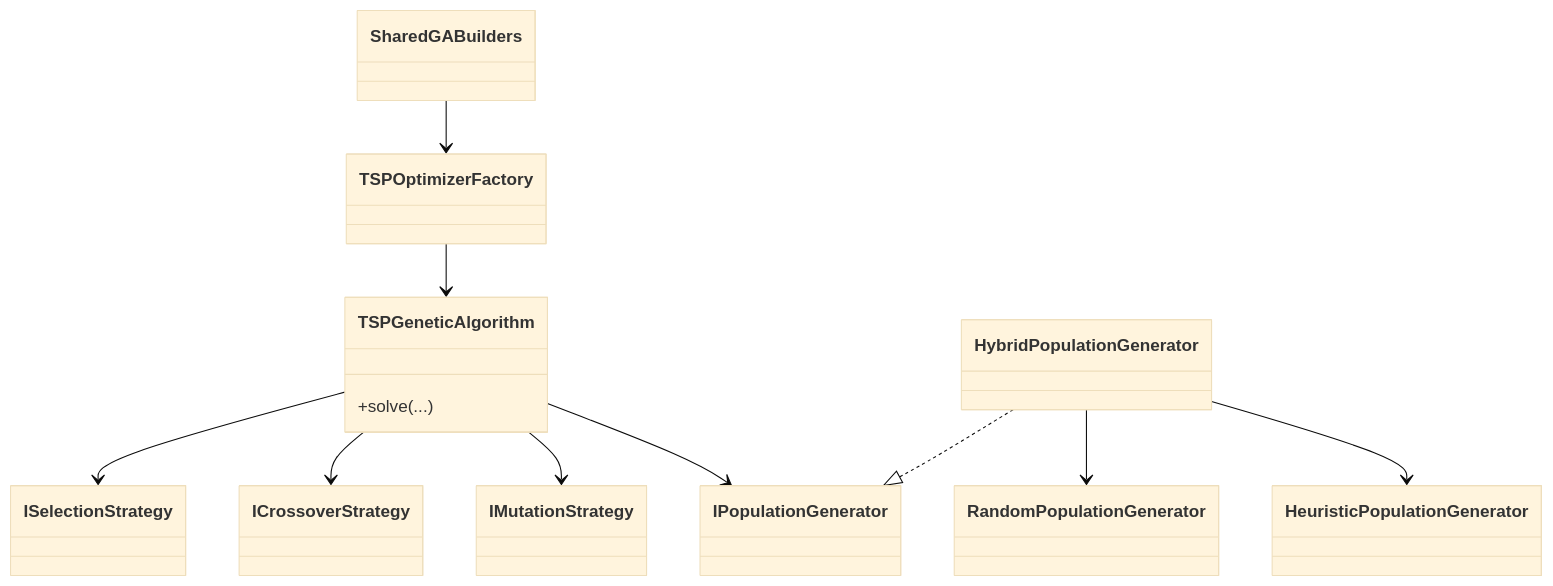
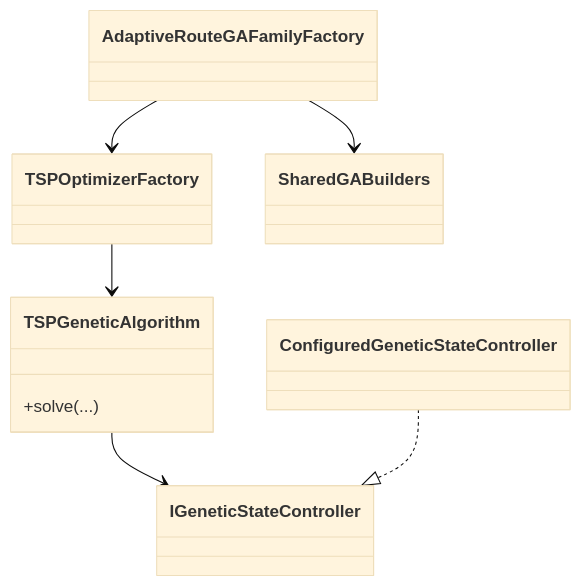
Before and after one commit to luizaaca/api_best_route: the second of 2 diagrams in README.md, drawn with Mermaid (base theme). The commit also changed other lines of this file and 28 other files, not shown here.

First line of the commit message:
feat: Introduce adaptive genetic algorithm family structure

````diff
--- a/README.md
+++ b/README.md
@@ -155,25 +155,17 @@
 ```mermaid
 classDiagram
     class TSPOptimizerFactory
+    class AdaptiveRouteGAFamilyFactory
     class TSPGeneticAlgorithm {
         +solve(...)
     }
-    class ISelectionStrategy
-    class ICrossoverStrategy
-    class IMutationStrategy
-    class IPopulationGenerator
-    class HybridPopulationGenerator
-    class RandomPopulationGenerator
-    class HeuristicPopulationGenerator
+    class IGeneticStateController
+    class ConfiguredGeneticStateController
     class SharedGABuilders
 
+    AdaptiveRouteGAFamilyFactory --> SharedGABuilders
+    AdaptiveRouteGAFamilyFactory --> TSPOptimizerFactory
     TSPOptimizerFactory --> TSPGeneticAlgorithm
-    SharedGABuilders --> TSPOptimizerFactory
-    TSPGeneticAlgorithm --> ISelectionStrategy
-    TSPGeneticAlgorithm --> ICrossoverStrategy
-    TSPGeneticAlgorithm --> IMutationStrategy
-    TSPGeneticAlgorithm --> IPopulationGenerator
-    HybridPopulationGenerator ..|> IPopulationGenerator
-    HybridPopulationGenerator --> RandomPopulationGenerator
-    HybridPopulationGenerator --> HeuristicPopulationGenerator
+    TSPGeneticAlgorithm --> IGeneticStateController
+    ConfiguredGeneticStateController ..|> IGeneticStateController
 ```
````
